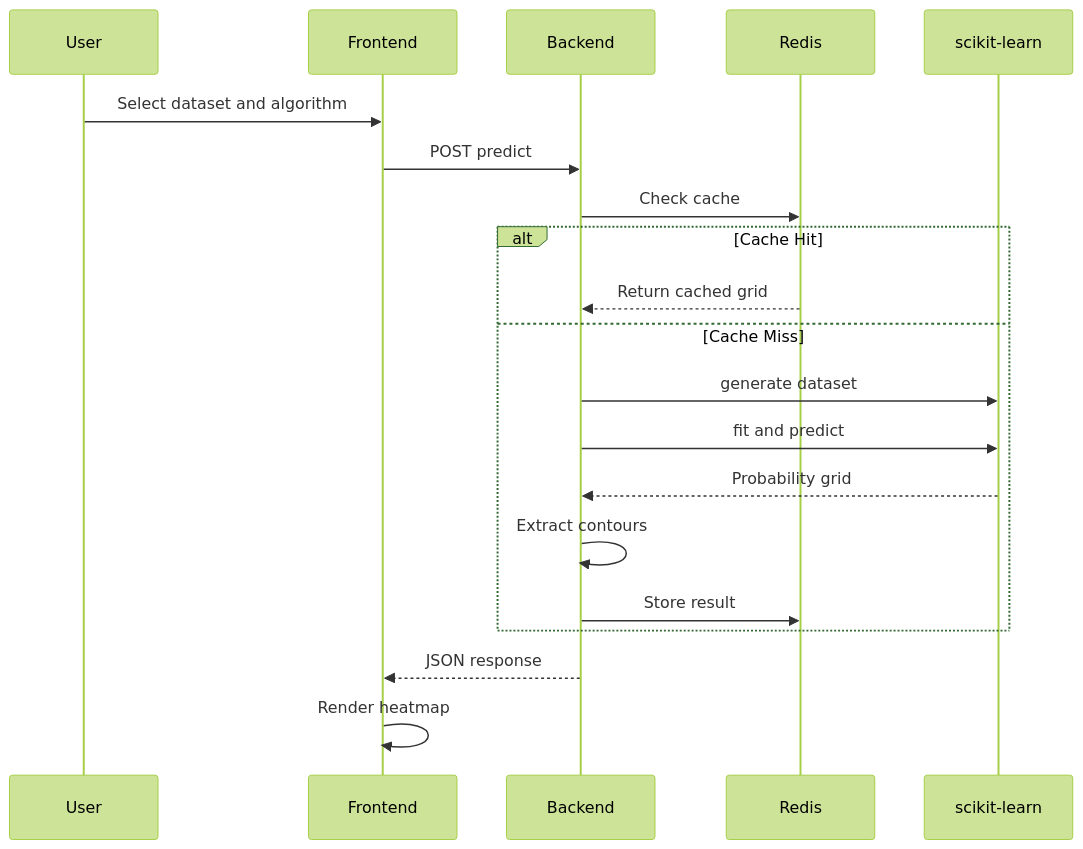
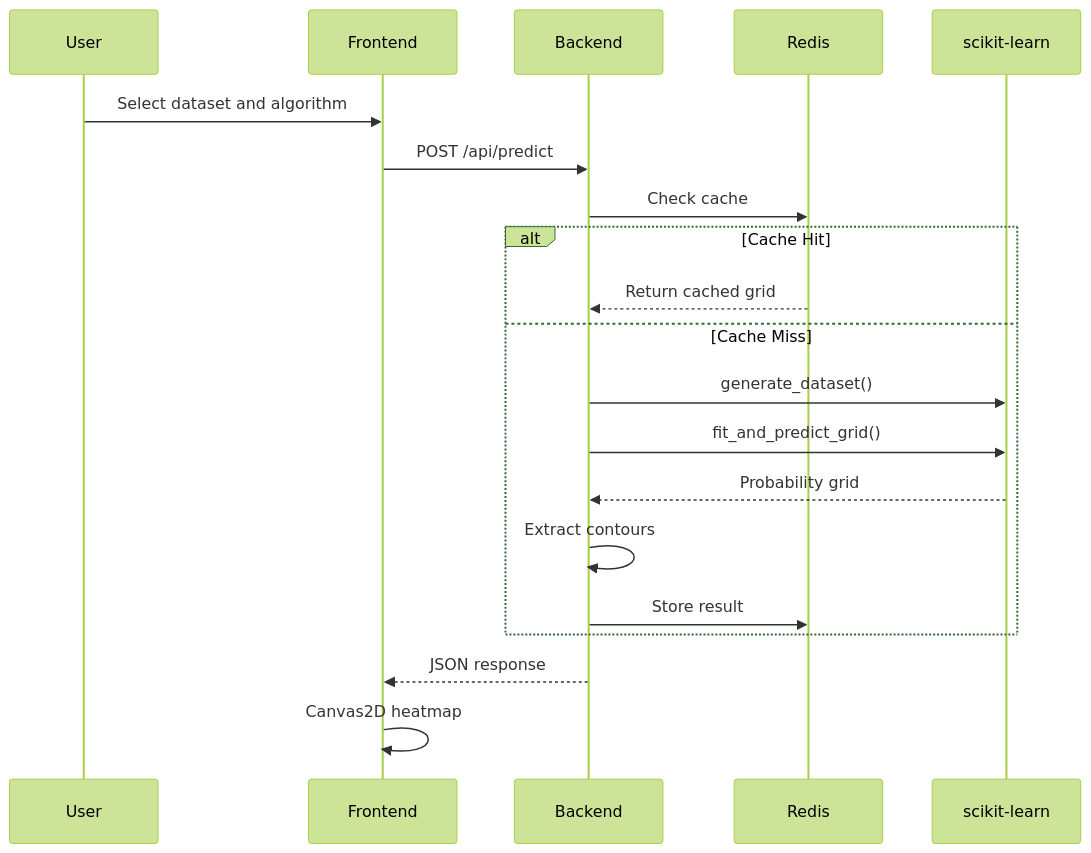
Before and after one commit to mahirmlk/Confluence: the second of 3 diagrams in README.md, drawn with Mermaid (forest theme). The commit also changed other lines of this file, not shown here.

Commit message:
docs(readme): restore detailed Mermaid diagrams with improved labels

````diff
--- a/README.md
+++ b/README.md
@@ -239,23 +239,23 @@
 ```mermaid
 sequenceDiagram
     participant U as User
     participant FE as Frontend
     participant BE as Backend
     participant RD as Redis
     participant ML as scikit-learn
 
     U->>FE: Select dataset and algorithm
-    FE->>BE: POST predict
+    FE->>BE: POST /api/predict
     BE->>RD: Check cache
     alt Cache Hit
         RD-->>BE: Return cached grid
     else Cache Miss
-        BE->>ML: generate dataset
-        BE->>ML: fit and predict
+        BE->>ML: generate_dataset()
+        BE->>ML: fit_and_predict_grid()
         ML-->>BE: Probability grid
         BE->>BE: Extract contours
         BE->>RD: Store result
     end
     BE-->>FE: JSON response
-    FE->>FE: Render heatmap
+    FE->>FE: Canvas2D heatmap
 ```
````
